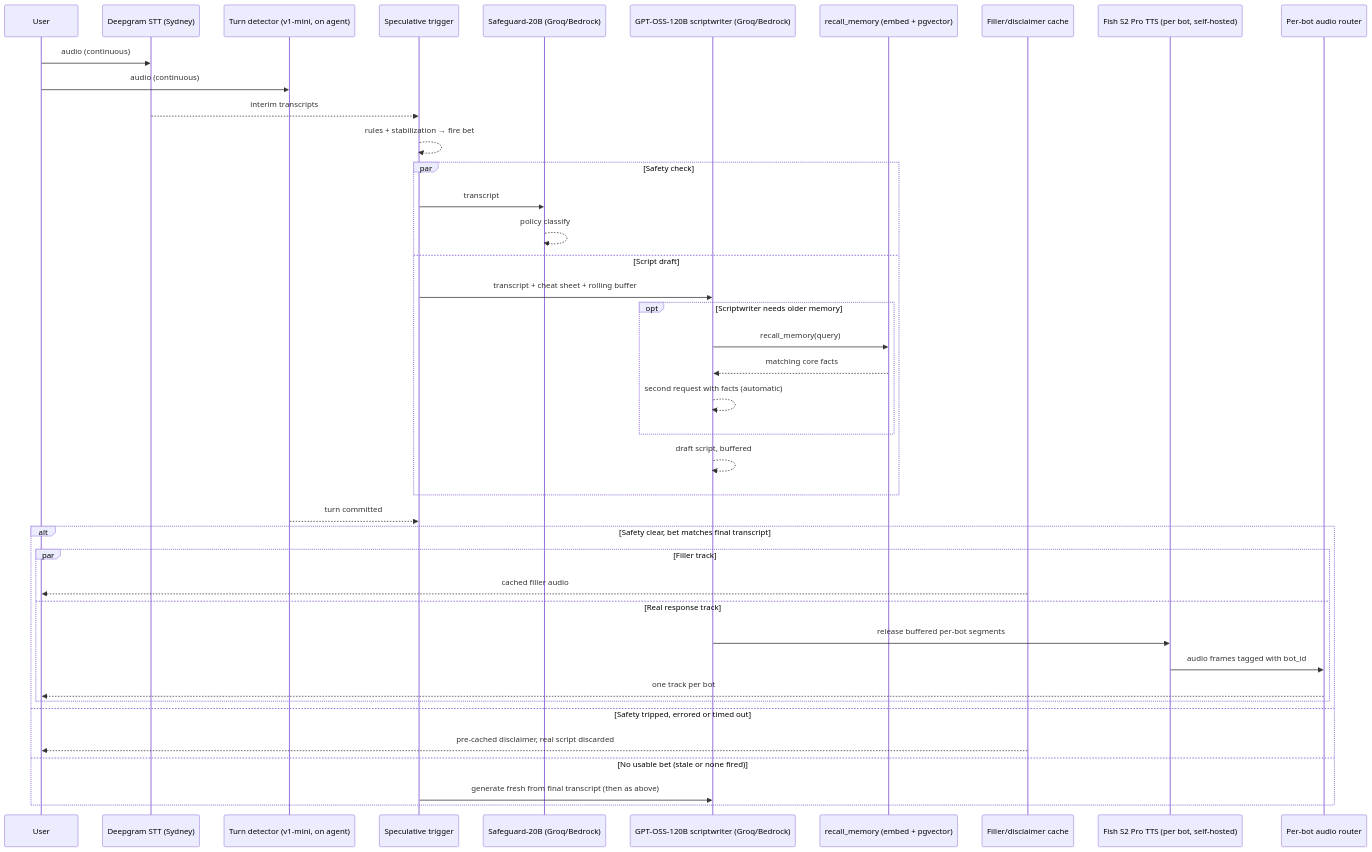
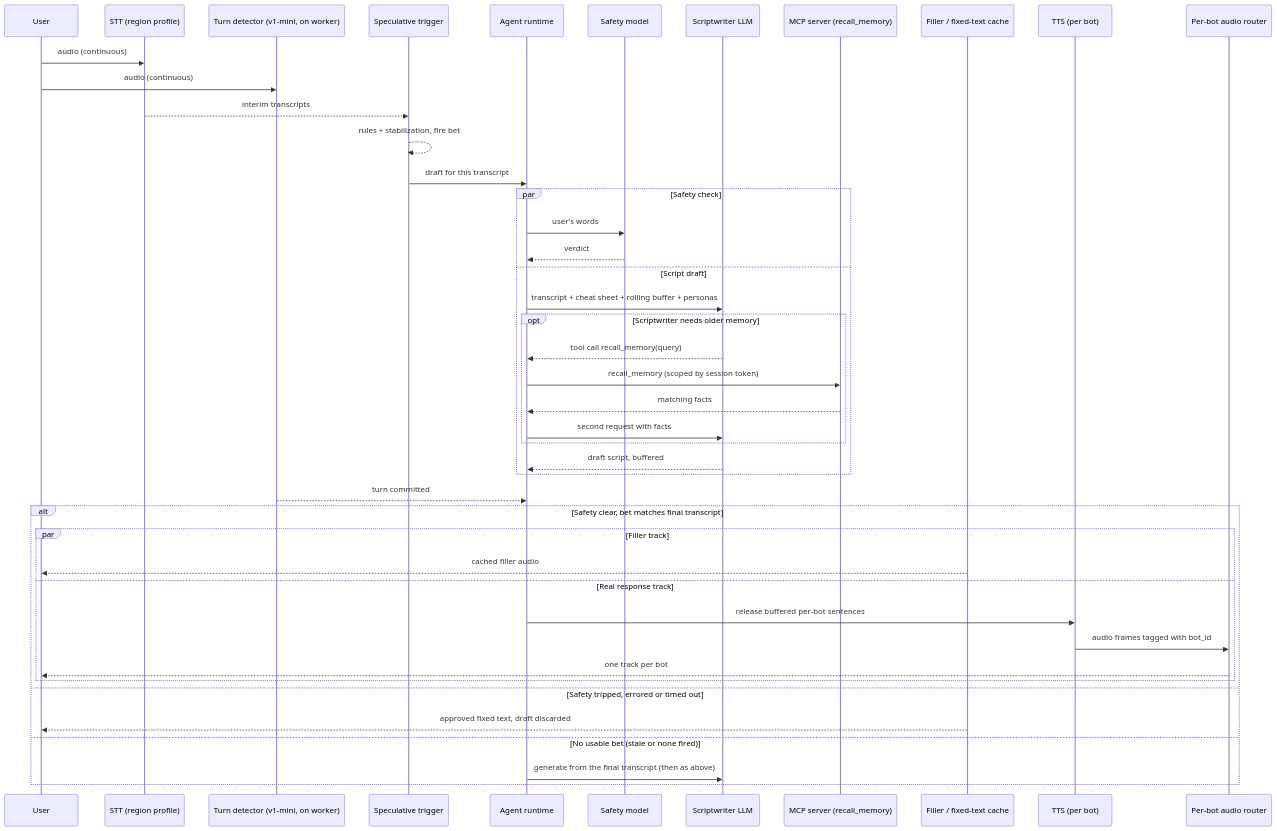
Before and after one commit to jaimearamburo/ai-companion-backend: the diagram in ARCHITECTURE.md, drawn with Mermaid. The commit also changed other lines of this file and 18 other files, not shown here.

First line of the commit message:
S0.3 EN-05 EN-07: Bring the architecture and docs up to date with the approved design

````diff
--- a/ARCHITECTURE.md
+++ b/ARCHITECTURE.md
@@ -126,44 +242,47 @@
 ```mermaid
 sequenceDiagram
     participant Usr as User
-    participant STT as Deepgram STT (Sydney)
-    participant TD as Turn detector (v1-mini, on agent)
+    participant STT as STT (region profile)
+    participant TD as Turn detector (v1-mini, on worker)
     participant Bet as Speculative trigger
-    participant Safe as Safeguard-20B (Groq/Bedrock)
-    participant LLM as GPT-OSS-120B scriptwriter (Groq/Bedrock)
-    participant Mem as recall_memory (embed + pgvector)
-    participant Fill as Filler/disclaimer cache
-    participant TTS as Fish S2 Pro TTS (per bot, self-hosted)
+    participant RT as Agent runtime
+    participant Safe as Safety model
+    participant LLM as Scriptwriter LLM
+    participant MCP as MCP server (recall_memory)
+    participant Fill as Filler / fixed-text cache
+    participant TTS as TTS (per bot)
     participant Out as Per-bot audio router
 
     Usr->>STT: audio (continuous)
     Usr->>TD: audio (continuous)
     STT-->>Bet: interim transcripts
-    Bet-->>Bet: rules + stabilization → fire bet
+    Bet-->>Bet: rules + stabilization, fire bet
+    Bet->>RT: draft for this transcript
     par Safety check
-        Bet->>Safe: transcript
-        Safe-->>Safe: policy classify
+        RT->>Safe: user's words
+        Safe-->>RT: verdict
     and Script draft
-        Bet->>LLM: transcript + cheat sheet + rolling buffer
+        RT->>LLM: transcript + cheat sheet + rolling buffer + personas
         opt Scriptwriter needs older memory
-            LLM->>Mem: recall_memory(query)
-            Mem-->>LLM: matching core facts
-            LLM-->>LLM: second request with facts (automatic)
+            LLM-->>RT: tool call recall_memory(query)
+            RT->>MCP: recall_memory (scoped by session token)
+            MCP-->>RT: matching facts
+            RT->>LLM: second request with facts
         end
-        LLM-->>LLM: draft script, buffered
+        LLM-->>RT: draft script, buffered
     end
-    TD-->>Bet: turn committed
+    TD-->>RT: turn committed
     alt Safety clear, bet matches final transcript
         par Filler track
             Fill-->>Usr: cached filler audio
         and Real response track
-            LLM->>TTS: release buffered per-bot segments
+            RT->>TTS: release buffered per-bot sentences
             TTS->>Out: audio frames tagged with bot_id
             Out-->>Usr: one track per bot
         end
     else Safety tripped, errored or timed out
-        Fill-->>Usr: pre-cached disclaimer, real script discarded
+        Fill-->>Usr: approved fixed text, draft discarded
     else No usable bet (stale or none fired)
-        Bet->>LLM: generate fresh from final transcript (then as above)
+        RT->>LLM: generate from the final transcript (then as above)
     end
 ```
````
